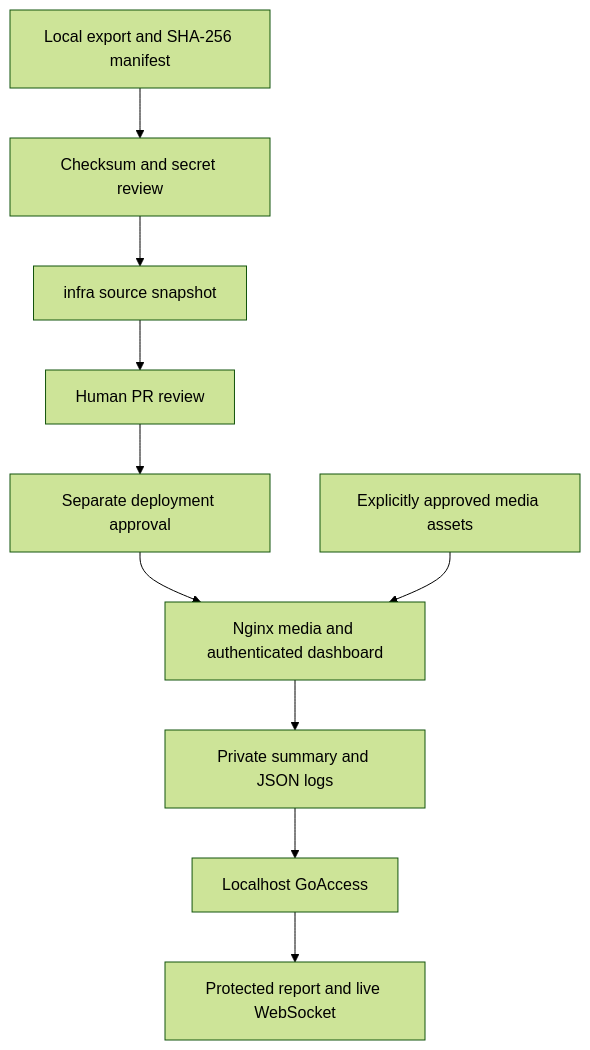
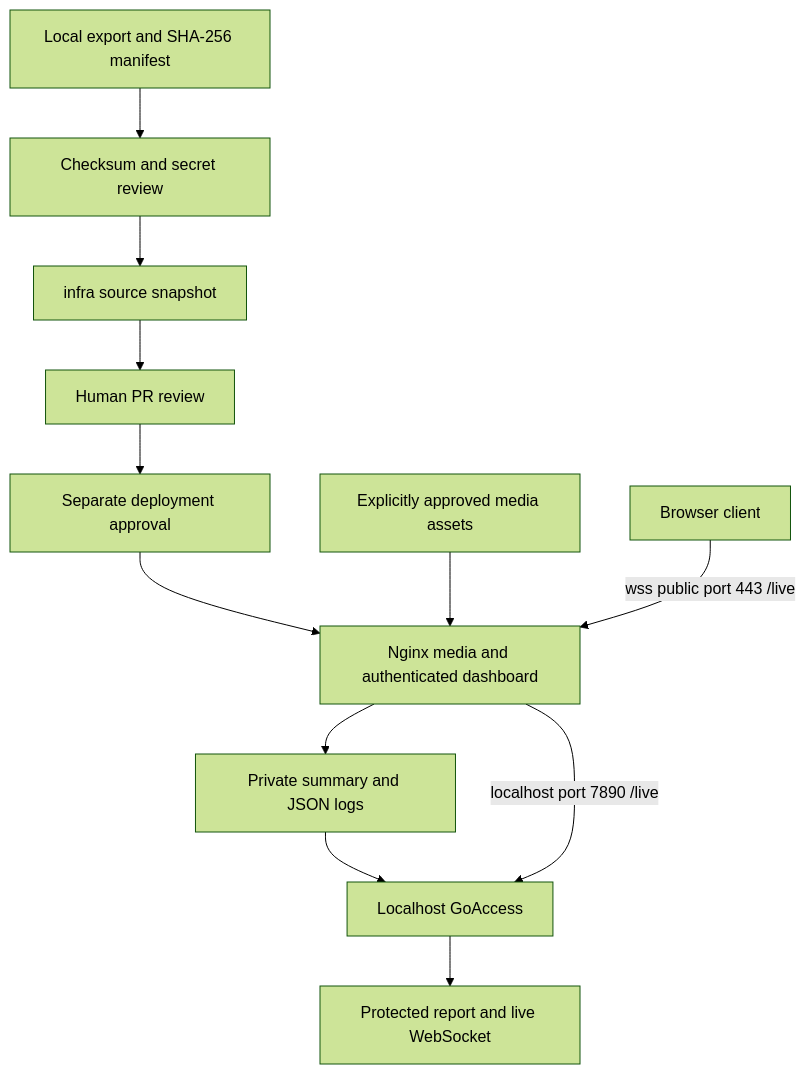
Before and after one commit to feraranas/just-a-clipper-engine: the first of 2 diagrams in docs/features/infra-hetzner-nginx-media-hosting.md, drawn with Mermaid (forest theme). The commit also changed other lines of this file and 2 other files, not shown here.

Commit message:
fix: specify public GoAccess WebSocket port

````diff
--- a/docs/features/infra-hetzner-nginx-media-hosting.md
+++ b/docs/features/infra-hetzner-nginx-media-hosting.md
@@ -21,12 +30,14 @@
 ```mermaid
 flowchart TD
   Export[Local export and SHA-256 manifest] --> Review[Checksum and secret review]
   Review --> Git[infra source snapshot]
   Git --> PR[Human PR review]
   PR --> Approval[Separate deployment approval]
   Approval --> Nginx[Nginx media and authenticated dashboard]
   Assets[Explicitly approved media assets] --> Nginx
   Nginx --> Logs[Private summary and JSON logs]
   Logs --> GoAccess[Localhost GoAccess]
   GoAccess --> Report[Protected report and live WebSocket]
+  Browser[Browser client] -->|wss public port 443 /live| Nginx
+  Nginx -->|localhost port 7890 /live| GoAccess
 ```
````
